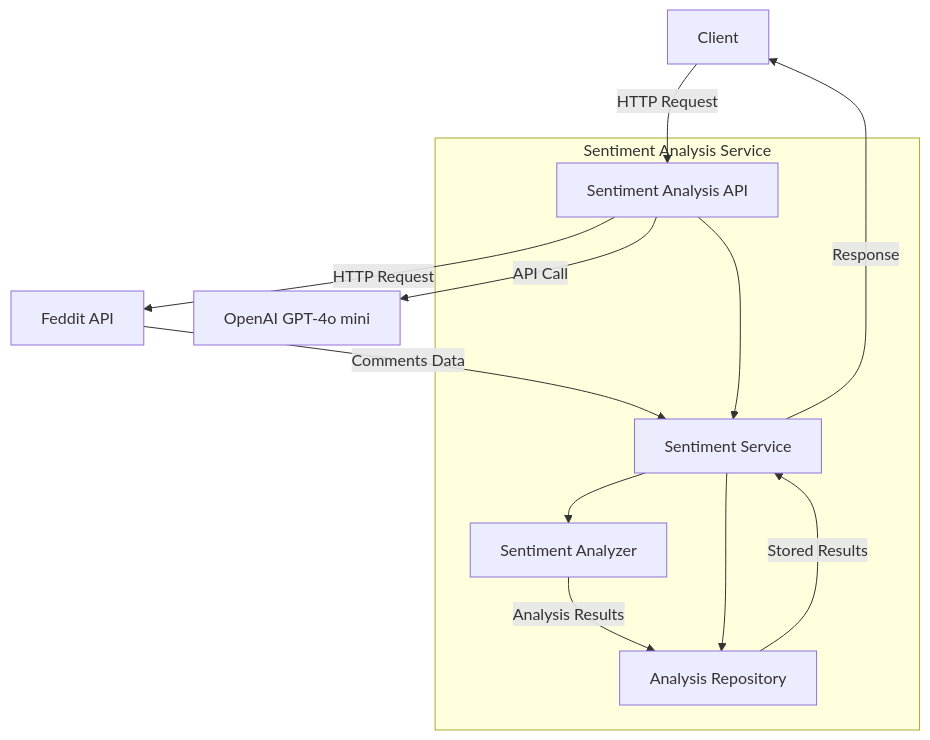
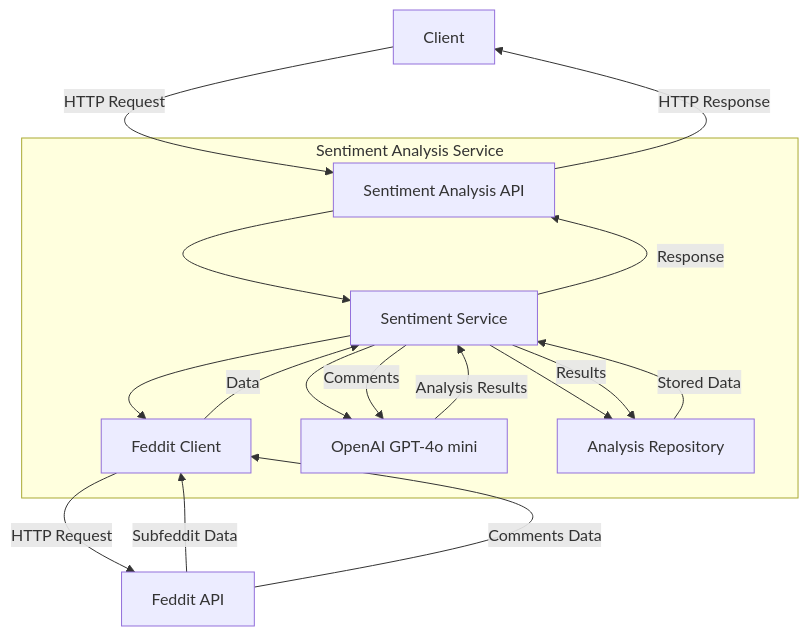
One commit to adriacb/all_interview changed the first of 4 diagrams in docs/architecture.md. Above: the diagram before and after it, drawn with Mermaid. The commit also changed other lines of this file, not shown here.

````diff
--- a/docs/architecture.md
+++ b/docs/architecture.md
@@ -5,17 +5,22 @@
 ```mermaid
 graph TD
     Client[Client] -->|HTTP Request| SentimentAPI[Sentiment Analysis API]
-    SentimentAPI -->|HTTP Request| FedditAPI[Feddit API]
-    SentimentAPI -->|API Call| OpenAI[OpenAI GPT-4o mini]
     
     subgraph Sentiment Analysis Service
         SentimentAPI --> Service[Sentiment Service]
-        Service --> Analyzer[Sentiment Analyzer]
+        Service --> FedditClient[Feddit Client]
+        Service --> OpenAI[OpenAI GPT-4o mini]
         Service --> Repository[Analysis Repository]
     end
     
-    FedditAPI -->|Comments Data| Service
-    Analyzer -->|Analysis Results| Repository
-    Repository -->|Stored Results| Service
-    Service -->|Response| Client
+    FedditClient -->|HTTP Request| FedditAPI[Feddit API]
+    FedditAPI -->|Subfeddit Data| FedditClient
+    FedditAPI -->|Comments Data| FedditClient
+    FedditClient -->|Data| Service
+    Service -->|Comments| OpenAI
+    OpenAI -->|Analysis Results| Service
+    Service -->|Results| Repository
+    Repository -->|Stored Data| Service
+    Service -->|Response| SentimentAPI
+    SentimentAPI -->|HTTP Response| Client
 ```
````
